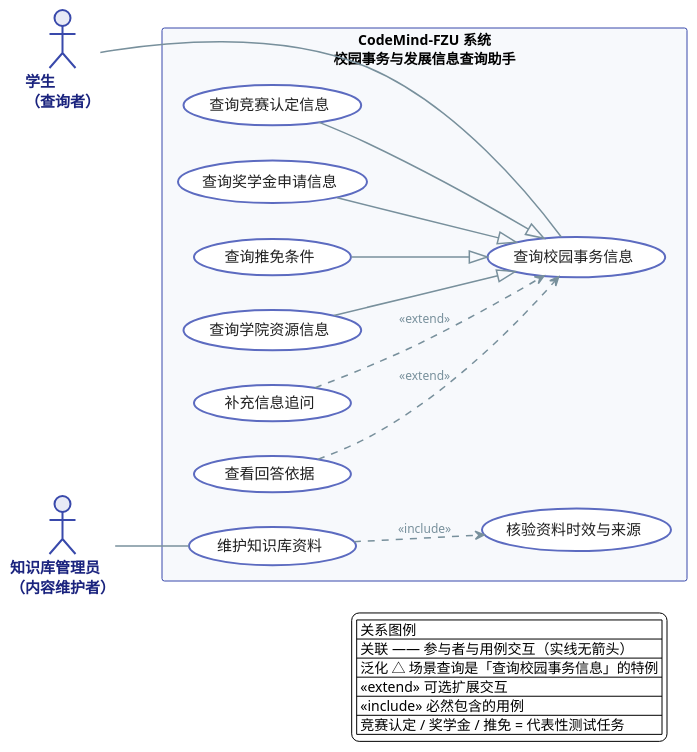
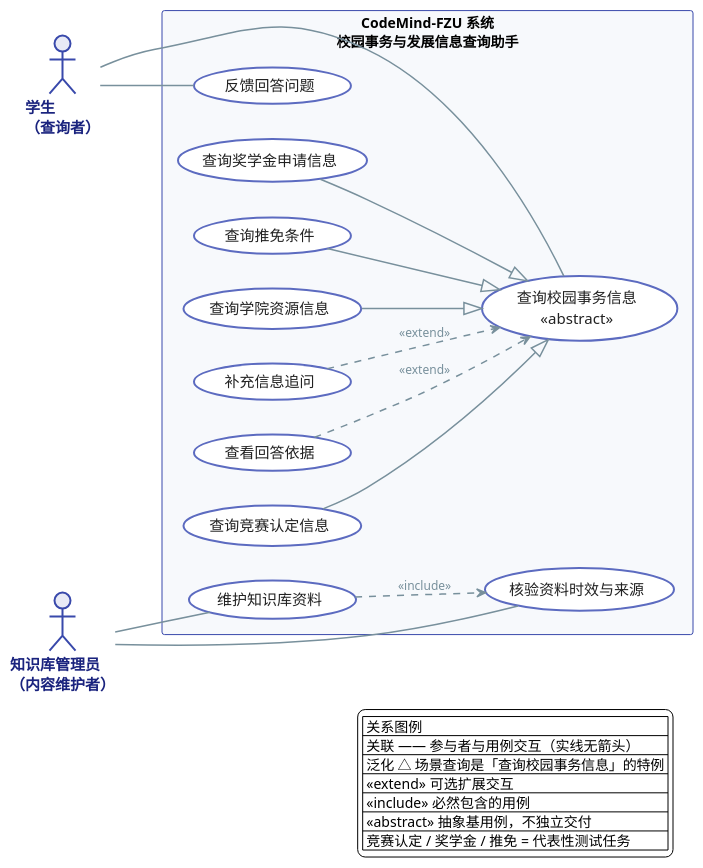
Before and after one commit to yz-Yezi-Genm/CodeMind-FZU: the diagram in docs/assignment-02/system-design/diagrams/uml/use-case/系统用例图_颜俊宇_v3.puml, drawn with PlantUML. The commit also changed 4 other files, not shown here.

```diff
--- a/docs/assignment-02/system-design/diagrams/uml/use-case/系统用例图_颜俊宇_v3.puml
+++ b/docs/assignment-02/system-design/diagrams/uml/use-case/系统用例图_颜俊宇_v3.puml
@@ -1,103 +1,109 @@
 @startuml 系统用例图
 ' ============================================
 ' CodeMind-FZU 系统用例图
-' 负责人：颜俊宇  版本：v3.2
+' 负责人：颜俊宇  版本：v3.3
 ' 建模原则：先定边界 → 再定参与者(角色) → 用例=用户目标 → 关系能少则少
 ' 业务范围：对齐整体功能蓝图五大方向，首版优先支持前四个方向的有资料依据查询与导航；
 '           竞赛认定/奖学金申请/推免基本条件为三个代表性测试任务
 ' ============================================
 
 skinparam backgroundColor #FFFFFF
 skinparam shadowing false
 skinparam defaultFontName "Microsoft YaHei"
 skinparam packageStyle rectangle
 
 skinparam package {
   BackgroundColor #F7F9FC
   BorderColor #3949AB
   BorderThickness 2
   FontColor #1A237E
   FontStyle bold
   FontSize 20
 }
 
 skinparam actor {
   BackgroundColor #E8EAF6
   BorderColor #3949AB
   BorderThickness 2
   FontColor #1A237E
   FontStyle bold
   FontSize 15
 }
 
 skinparam usecase {
   BackgroundColor #FFFFFF
   BorderColor #5C6BC0
   BorderThickness 2
   FontColor #212121
   FontSize 15
 }
 
 skinparam ArrowColor #78909C
 skinparam ArrowFontColor #78909C
 skinparam ArrowFontSize 12
 skinparam ArrowThickness 1.5
 
 hide empty members
 left to right direction
 
 ' ============ 参与者（角色，标准 actor 符号） ============
 actor "学生\n（查询者）" as Student
 actor "知识库管理员\n（内容维护者）" as KbAdmin
 
 ' ============ 系统边界 ============
 rectangle "CodeMind-FZU 系统\n校园事务与发展信息查询助手" as System {
 
-  ' ---- 抽象基用例（统一查询目标） ----
-  usecase "查询校园事务信息" as UC_Query
+  ' ---- 抽象基用例（统一查询目标，abstract 标识） ----
+  usecase "查询校园事务信息\n<<abstract>>" as UC_Query
 
   ' ---- 查询类用例（对齐蓝图前四方向） ----
   usecase "查询竞赛认定信息" as UC_Competition
   usecase "查询奖学金申请信息" as UC_Scholarship
   usecase "查询推免条件" as UC_Postgrad
   usecase "查询学院资源信息" as UC_Resource
 
   ' ---- 扩展交互（作业要求体现的交互） ----
   usecase "补充信息追问" as UC_Followup
   usecase "查看回答依据" as UC_Evidence
 
+  ' ---- 学生反馈 ----
+  usecase "反馈回答问题" as UC_Feedback
+
   ' ---- 知识库管理员目标 ----
   usecase "维护知识库资料" as UC_KB
   usecase "核验资料时效与来源" as UC_Verify
 }
 
 ' ============ 关联（普通实线，无箭头） ============
 Student -- UC_Query
+Student -- UC_Feedback
 KbAdmin -- UC_KB
+KbAdmin -- UC_Verify
 
 ' ============ 布局约束：学生拉到左侧 ============
 Student -[hidden]down- UC_Competition
 
 ' ============ 泛化：场景查询是「查询校园事务信息」的特例 ============
 UC_Competition --|> UC_Query
 UC_Scholarship --|> UC_Query
 UC_Postgrad --|> UC_Query
 UC_Resource --|> UC_Query
 
 ' ============ extend：可选交互扩展自查询 ============
 UC_Followup ..> UC_Query : <<extend>>
 UC_Evidence ..> UC_Query : <<extend>>
 
 ' ============ include：维护必然包含核验 ============
 UC_KB ..> UC_Verify : <<include>>
 
 legend bottom right
   | 关系图例 |
   | 关联 —— 参与者与用例交互（实线无箭头） |
   | 泛化 △ 场景查询是「查询校园事务信息」的特例 |
   | <<extend>> 可选扩展交互 |
   | <<include>> 必然包含的用例 |
+  | <<abstract>> 抽象基用例，不独立交付 |
   | 竞赛认定 / 奖学金 / 推免 = 代表性测试任务 |
 endlegend
 
 @enduml
```
